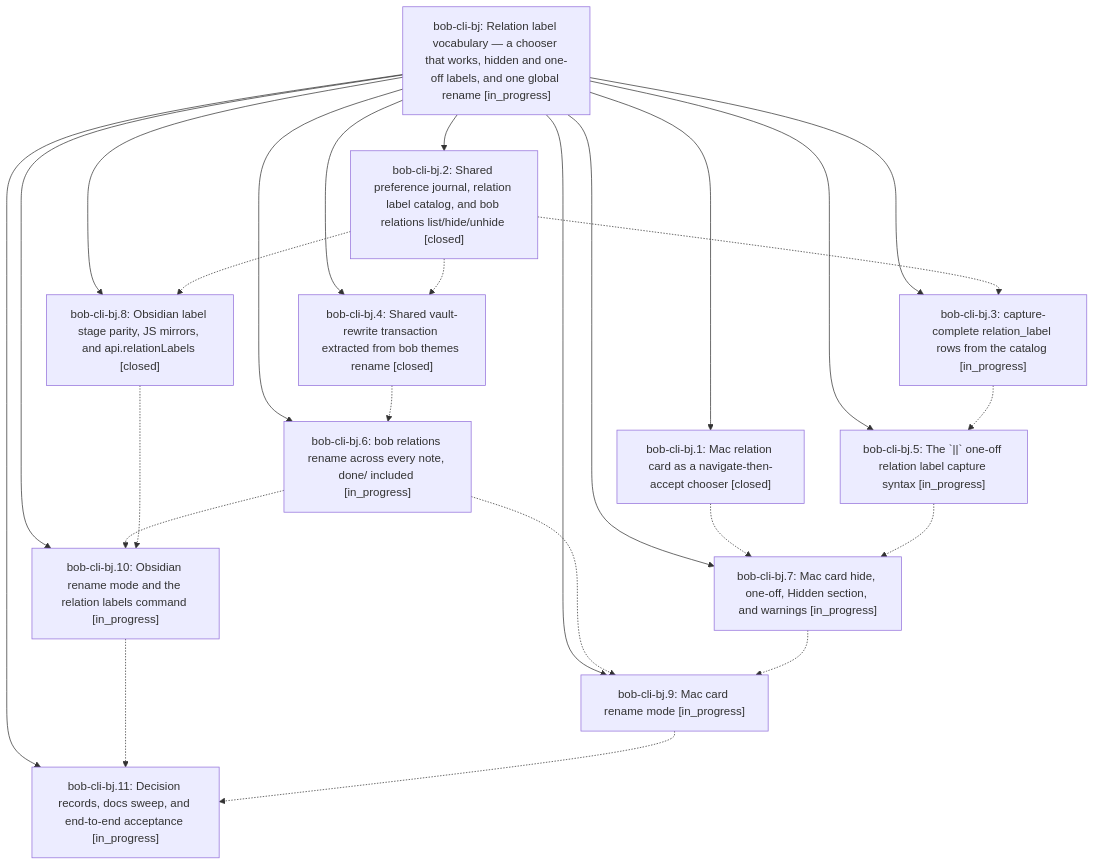
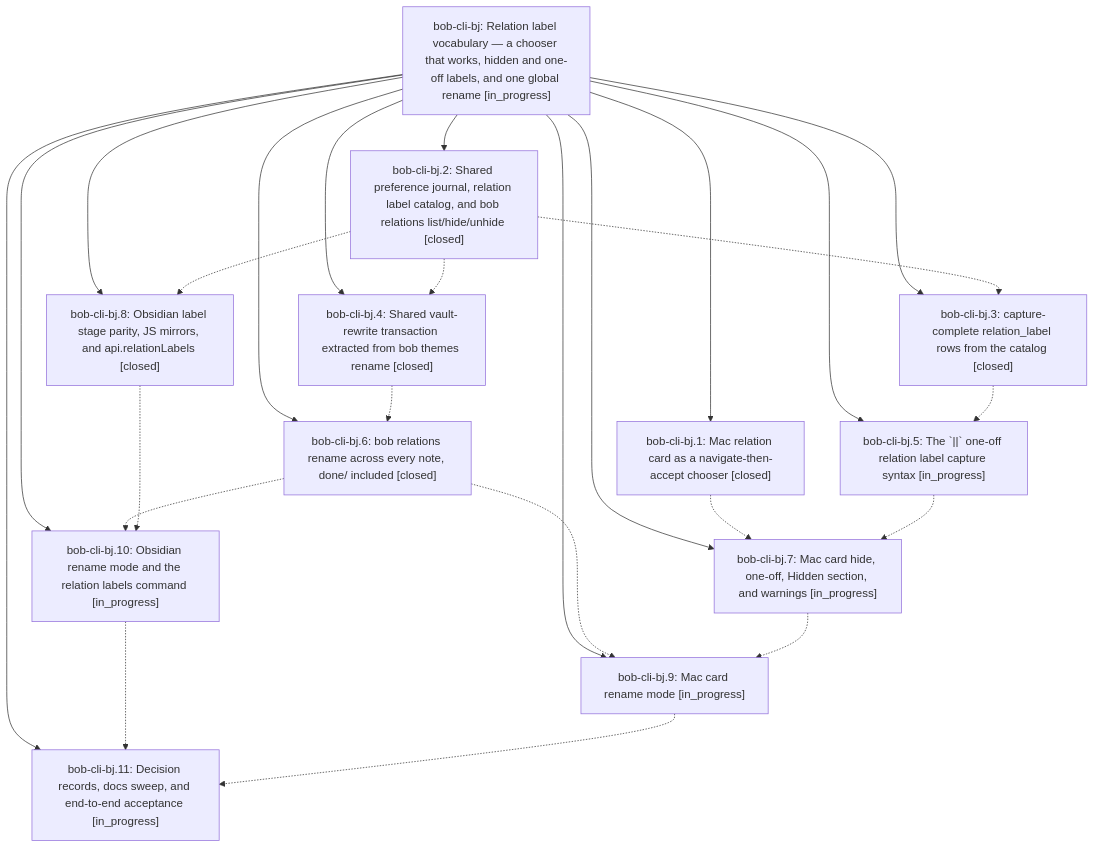
The diagram in pages/bob-cli-bj/README.md (bobs-org/bob-cli--beads), drawn with Mermaid before and after one commit. The commit also changed other lines of this file and 6 other files, not shown here.

First line of the commit message:
chore(beads): sync bead state and pages for bob-cli-bj

````diff
--- a/pages/bob-cli-bj/README.md
+++ b/pages/bob-cli-bj/README.md
@@ -46,39 +50,39 @@
 ```mermaid
 flowchart TD
     n0["bob-cli-bj: Relation label vocabulary — a chooser that works, hidden and one-off labels, and one global rename [in_progress]"]
     n1["bob-cli-bj.1: Mac relation card as a navigate-then-accept chooser [closed]"]
     n2["bob-cli-bj.10: Obsidian rename mode and the relation labels command [in_progress]"]
     n3["bob-cli-bj.11: Decision records, docs sweep, and end-to-end acceptance [in_progress]"]
     n4["bob-cli-bj.2: Shared preference journal, relation label catalog, and bob relations list/hide/unhide [closed]"]
-    n5["bob-cli-bj.3: capture-complete relation_label rows from the catalog [in_progress]"]
+    n5["bob-cli-bj.3: capture-complete relation_label rows from the catalog [closed]"]
     n6["bob-cli-bj.4: Shared vault-rewrite transaction extracted from bob themes rename [closed]"]
     n7["bob-cli-bj.5: The `||` one-off relation label capture syntax [in_progress]"]
-    n8["bob-cli-bj.6: bob relations rename across every note, done/ included [in_progress]"]
+    n8["bob-cli-bj.6: bob relations rename across every note, done/ included [closed]"]
     n9["bob-cli-bj.7: Mac card hide, one-off, Hidden section, and warnings [in_progress]"]
     n10["bob-cli-bj.8: Obsidian label stage parity, JS mirrors, and api.relationLabels [closed]"]
     n11["bob-cli-bj.9: Mac card rename mode [in_progress]"]
     n0 --> n1
     n0 --> n2
     n0 --> n3
     n0 --> n4
     n0 --> n5
     n0 --> n6
     n0 --> n7
     n0 --> n8
     n0 --> n9
     n0 --> n10
     n0 --> n11
     n1 -.-> n9
     n2 -.-> n3
     n4 -.-> n5
     n4 -.-> n6
     n4 -.-> n10
     n5 -.-> n7
     n6 -.-> n8
     n7 -.-> n9
     n8 -.-> n2
     n8 -.-> n11
     n9 -.-> n11
     n10 -.-> n2
     n11 -.-> n3
 ```
````
